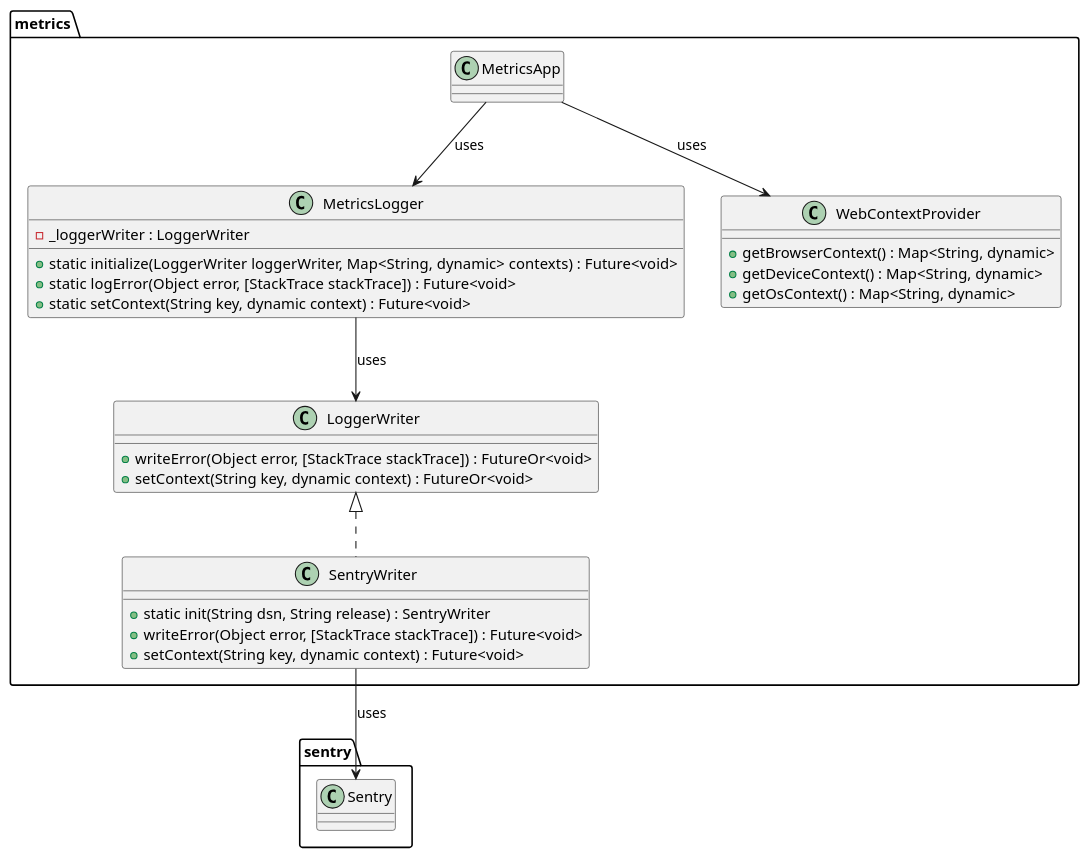
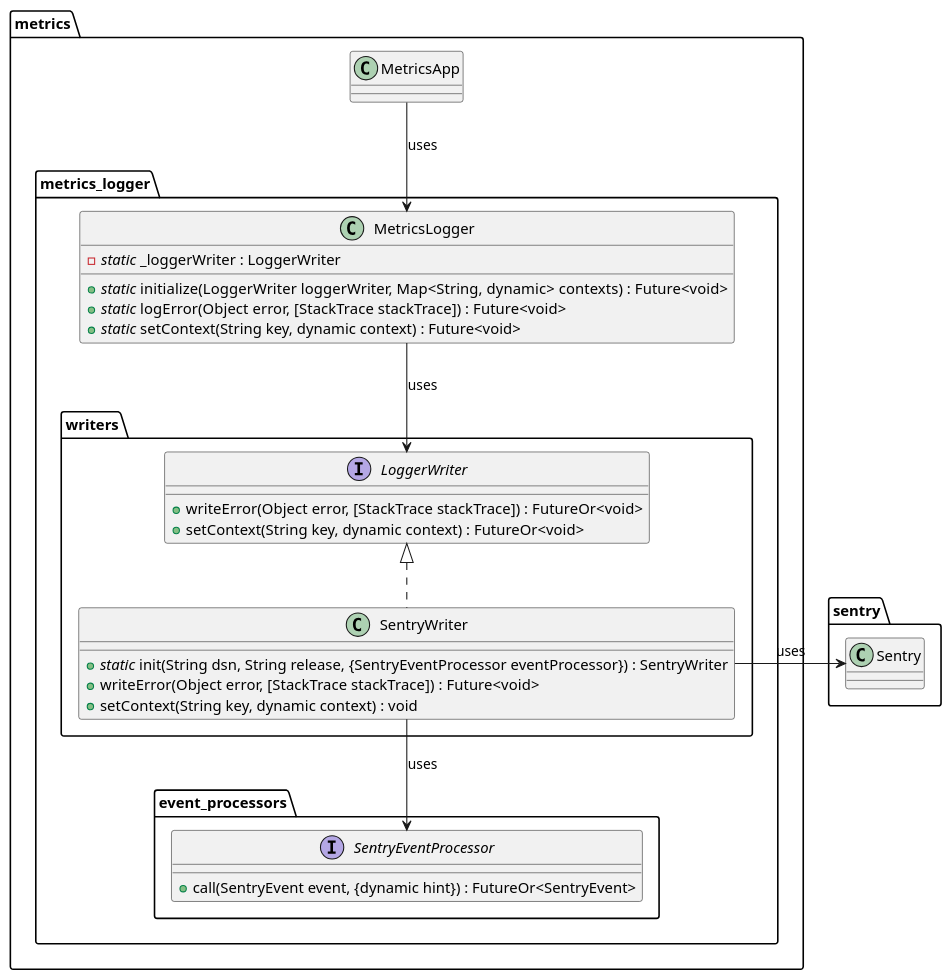
The diagram in metrics/web/docs/features/metrics_logger/diagrams/metrics_logger_sentry_class_diagram.puml (Flank/flank-dashboard), drawn with PlantUML before and after one commit. The commit also changed 4 other files, not shown here.

Commit message:
update design with event processor, remove web context provider, fix typos

```diff
--- a/metrics/web/docs/features/metrics_logger/diagrams/metrics_logger_sentry_class_diagram.puml
+++ b/metrics/web/docs/features/metrics_logger/diagrams/metrics_logger_sentry_class_diagram.puml
@@ -1,40 +1,44 @@
 @startuml metrics_logger_class_diagram
 
 package metrics {
   class MetricsApp {}
 
-  class LoggerWriter {
-    + writeError(Object error, [StackTrace stackTrace]) : FutureOr<void>
-    + setContext(String key, dynamic context) : FutureOr<void>
-  }
+  package metrics_logger {
+    package writers {
+      interface LoggerWriter {
+        + writeError(Object error, [StackTrace stackTrace]) : FutureOr<void>
+        + setContext(String key, dynamic context) : FutureOr<void>
+      }
 
-  class SentryWriter implements LoggerWriter {
-    + static init(String dsn, String release) : SentryWriter
-    + writeError(Object error, [StackTrace stackTrace]) : Future<void>
-    + setContext(String key, dynamic context) : Future<void>
-  }
+      class SentryWriter implements LoggerWriter {
+        + //static// init(String dsn, String release, {SentryEventProcessor eventProcessor}) : SentryWriter
+        + writeError(Object error, [StackTrace stackTrace]) : Future<void>
+        + setContext(String key, dynamic context) : void
+      }
+    }
 
-  class MetricsLogger {
-    - _loggerWriter : LoggerWriter
-    + static initialize(LoggerWriter loggerWriter,  Map<String, dynamic> contexts) : Future<void>
-    + static logError(Object error, [StackTrace stackTrace]) : Future<void>
-    + static setContext(String key, dynamic context) : Future<void>
-  }
+    package event_processors {
+      interface SentryEventProcessor {
+        + call(SentryEvent event, {dynamic hint}) : FutureOr<SentryEvent>
+      }
+    }
 
-  class WebContextProvider {
-    + getBrowserContext() : Map<String, dynamic>
-    + getDeviceContext() : Map<String, dynamic>
-    + getOsContext() : Map<String, dynamic>
+    class MetricsLogger {
+      - //static// _loggerWriter : LoggerWriter
+      + //static// initialize(LoggerWriter loggerWriter,  Map<String, dynamic> contexts) : Future<void>
+      + //static// logError(Object error, [StackTrace stackTrace]) : Future<void>
+      + //static// setContext(String key, dynamic context) : Future<void>
+    }
   }
 }
 
 package sentry {
   class Sentry {}
 }
 
-MetricsApp --> WebContextProvider : uses
 MetricsApp --> MetricsLogger : uses
 MetricsLogger --> LoggerWriter : uses
-SentryWriter --> Sentry : uses
+SentryWriter -right-> Sentry : uses
+SentryWriter --> SentryEventProcessor : uses
 
 @enduml
```
